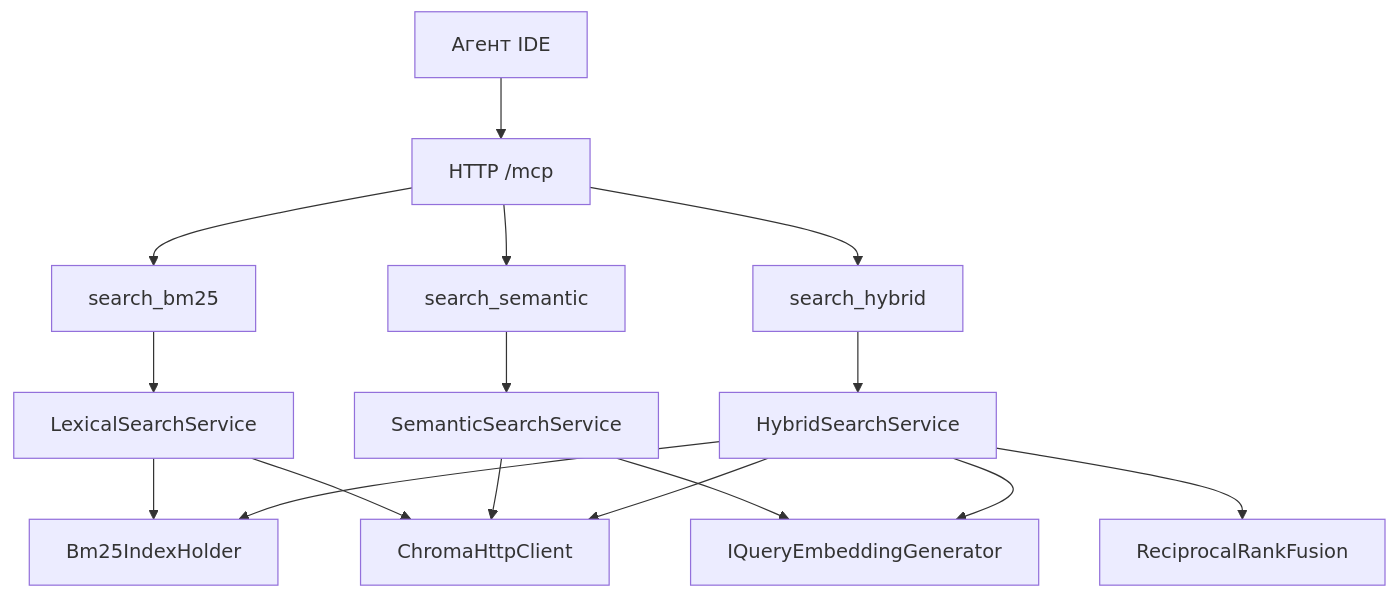
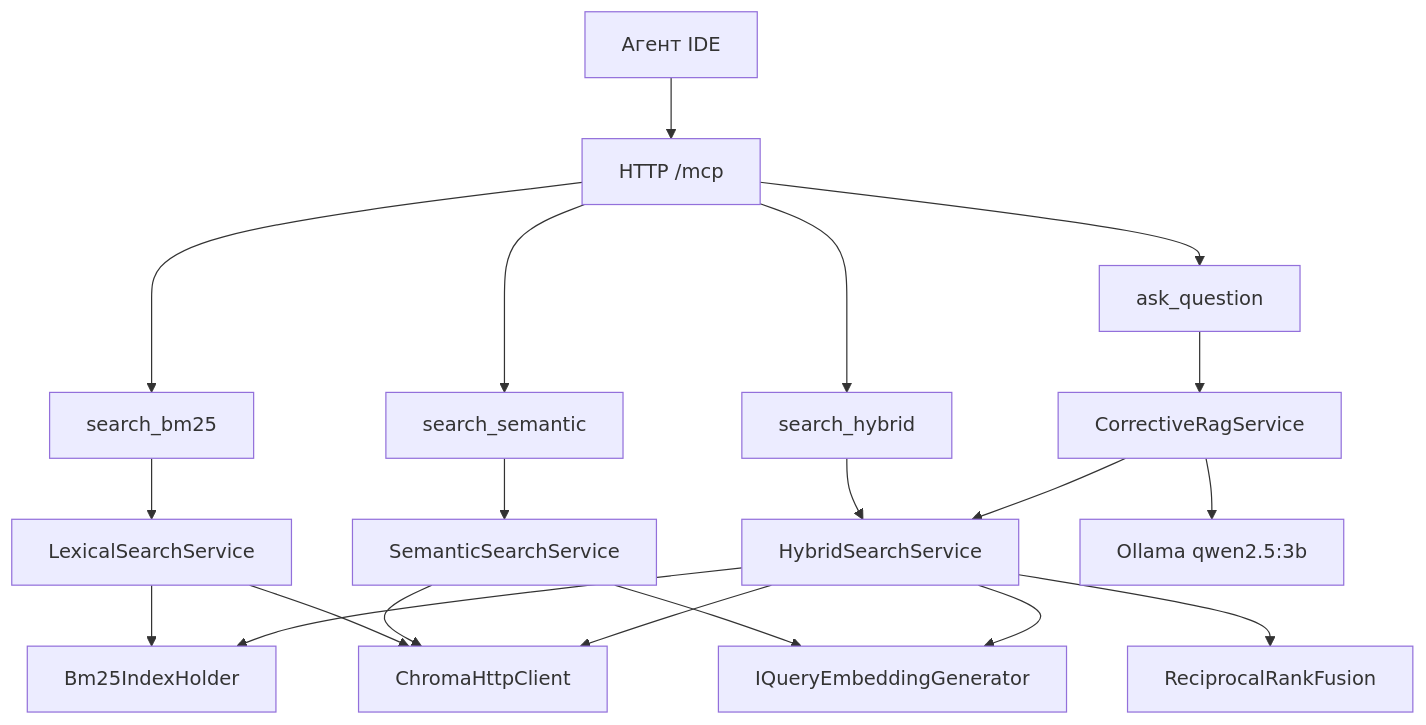
Before and after one commit to luna-pulse/MCP.RAG.StarTrek: the second of 3 diagrams in ARCHITECTURE.md, drawn with Mermaid. The commit also changed other lines of this file and 33 other files, not shown here.

First line of the commit message:
Add ask_question so the MCP server answers from the Star Trek corpus.

````diff
--- a/ARCHITECTURE.md
+++ b/ARCHITECTURE.md
@@ -137,18 +139,22 @@
 ```mermaid
 flowchart TB
   client[Агент IDE] --> http["HTTP /mcp"]
   http --> bm25tool[search_bm25]
   http --> semtool[search_semantic]
   http --> hybtool[search_hybrid]
+  http --> ask[ask_question]
   bm25tool --> lexical[LexicalSearchService]
   semtool --> semantic[SemanticSearchService]
   hybtool --> hybrid[HybridSearchService]
+  ask --> rag[CorrectiveRagService]
+  rag --> hybrid
+  rag --> ollama[Ollama qwen2.5:3b]
   lexical --> corpus[Bm25IndexHolder]
   lexical --> chroma[ChromaHttpClient]
   semantic --> embedder[IQueryEmbeddingGenerator]
   semantic --> chroma
   hybrid --> corpus
   hybrid --> embedder
   hybrid --> chroma
   hybrid --> rrf[ReciprocalRankFusion]
 ```
````
